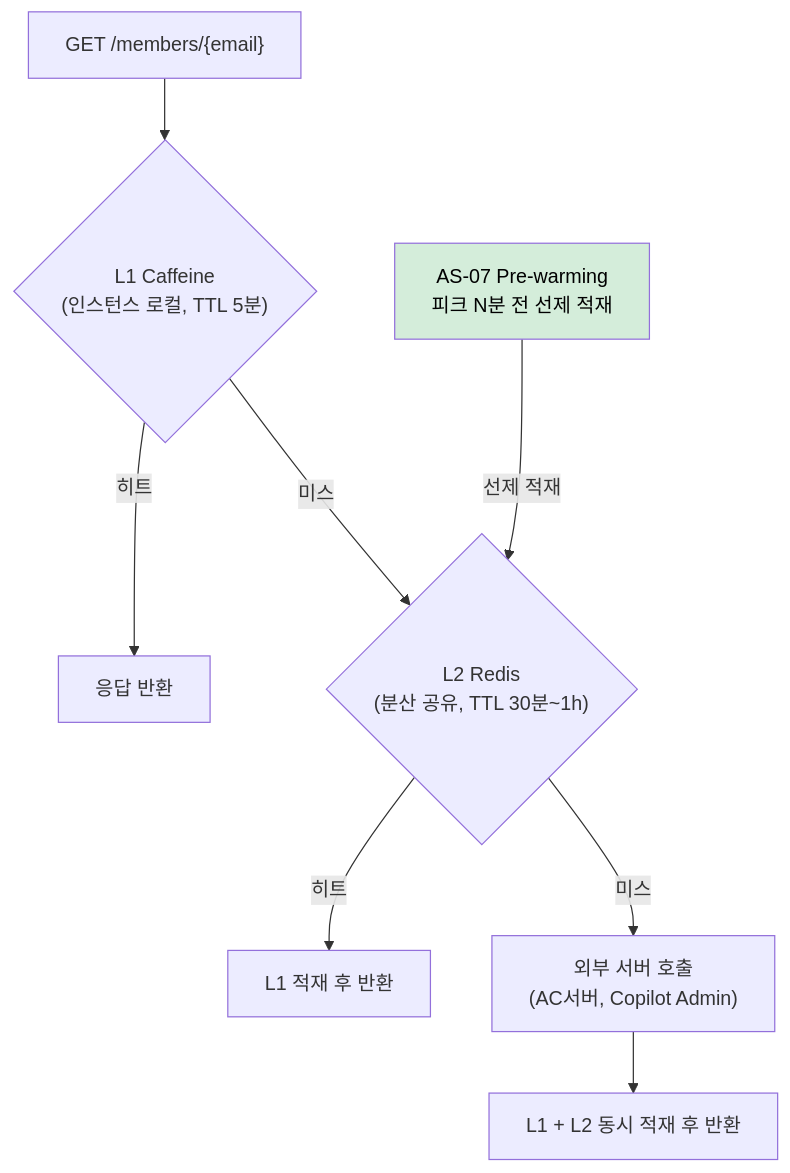
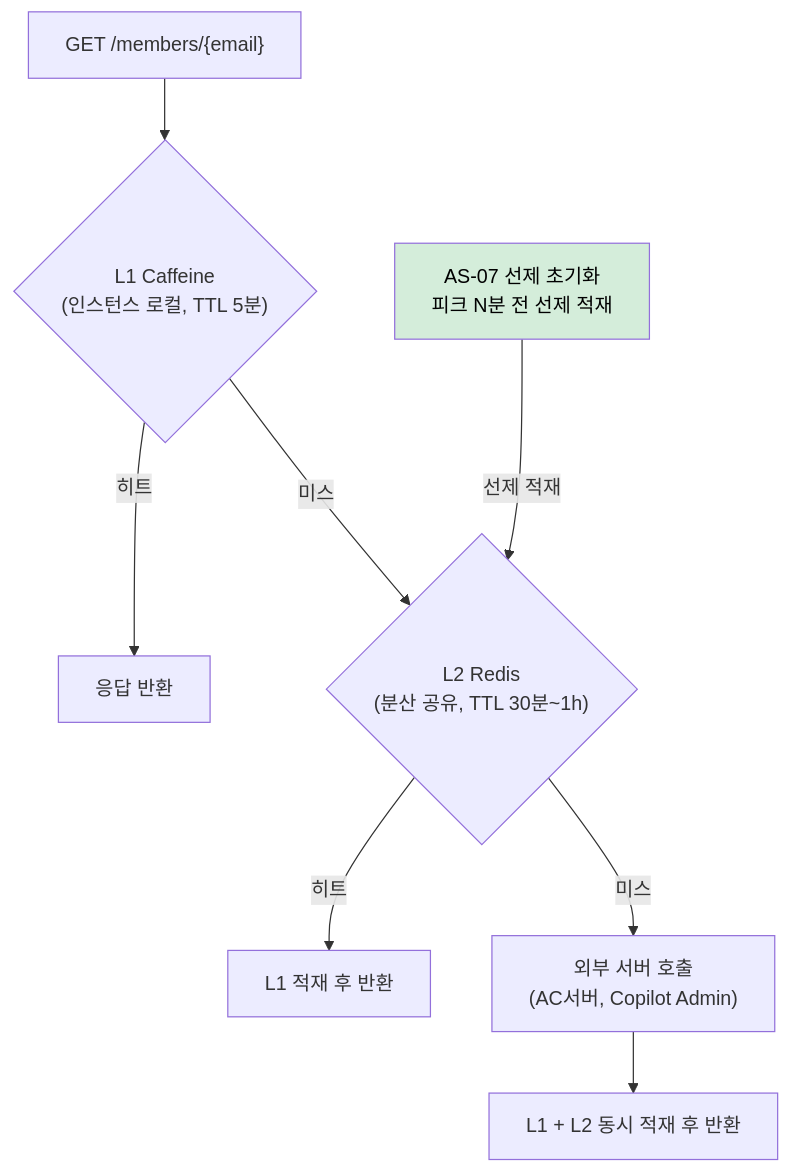
Before and after one commit to sujinnkim/A_Personal: the first of 5 diagrams in report/3/3.2-아키텍처문제분석및설계전략.md, drawn with Mermaid. The commit also changed other lines of this file and 28 other files, not shown here.

````diff
--- a/report/3/3.2-아키텍처문제분석및설계전략.md
+++ b/report/3/3.2-아키텍처문제분석및설계전략.md
@@ -123,16 +151,16 @@
 ```mermaid
 flowchart TD
     REQ["GET /members/{email}"]
 
     REQ --> L1{"L1 Caffeine\n(인스턴스 로컬, TTL 5분)"}
     L1 -->|히트| RET["응답 반환"]
     L1 -->|미스| L2{"L2 Redis\n(분산 공유, TTL 30분~1h)"}
     L2 -->|히트| L1W["L1 적재 후 반환"]
     L2 -->|미스| EXT["외부 서버 호출\n(AC서버, Copilot Admin)"]
     EXT --> BOTH["L1 + L2 동시 적재 후 반환"]
 
-    PREWARM["AS-07 Pre-warming\n피크 N분 전 선제 적재"]
+    PREWARM["AS-07 선제 초기화\n피크 N분 전 선제 적재"]
     PREWARM -->|선제 적재| L2
 
     style PREWARM fill:#d4edda,color:#000
 ```
````
